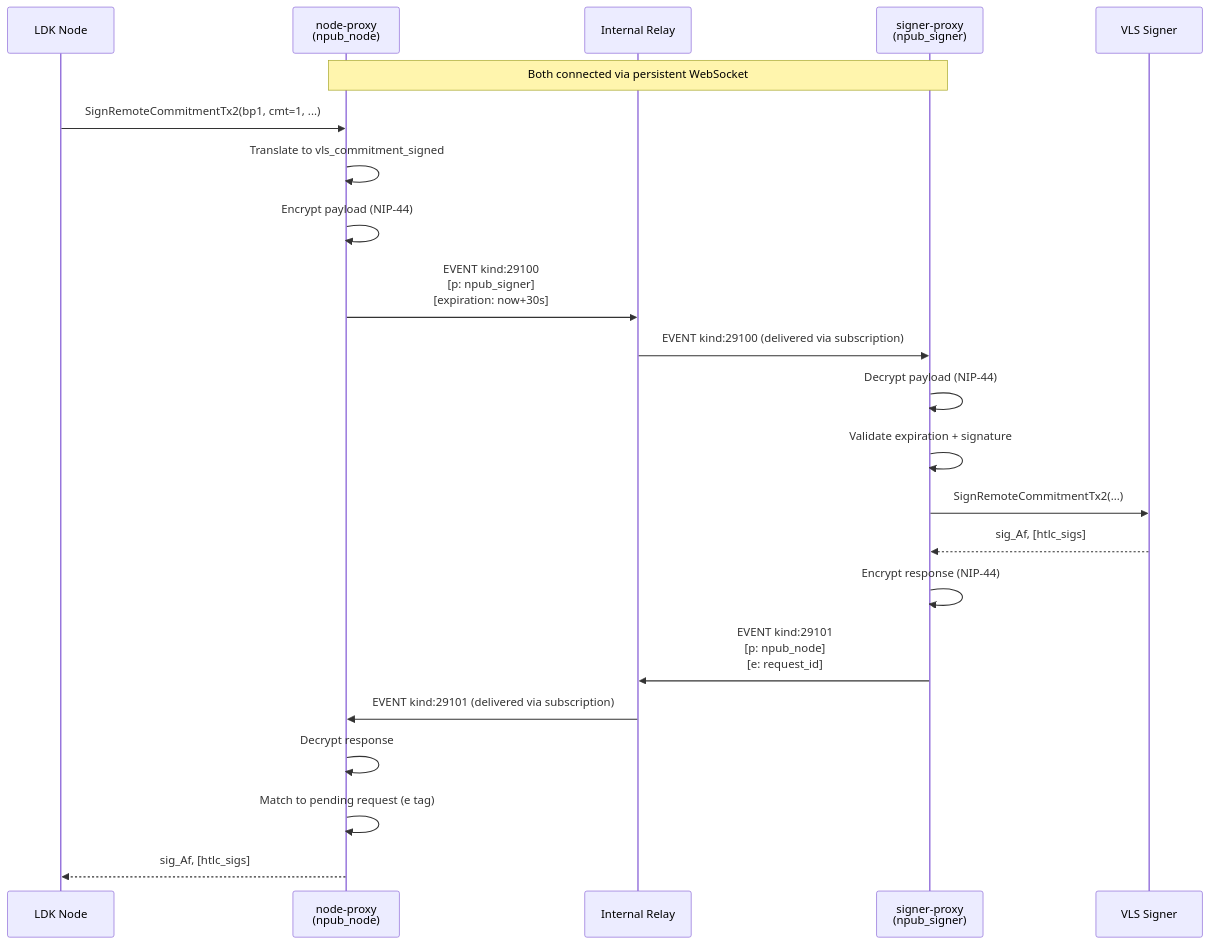
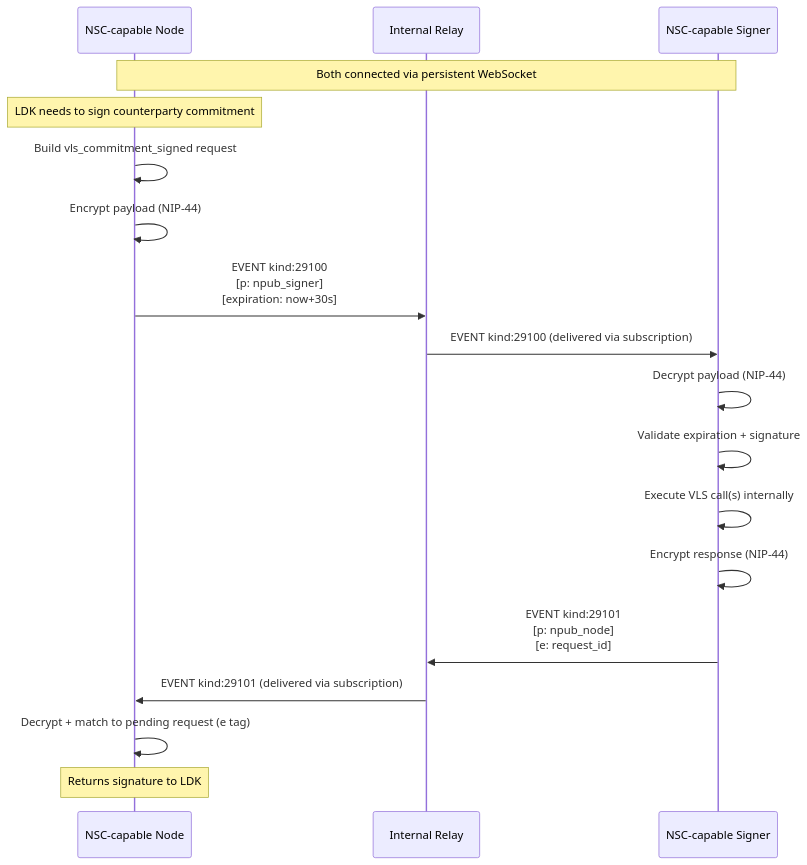
The diagram in future/nostr-signer-connect.md (dukeh3/vls-arch), drawn with Mermaid before and after one commit. The commit also changed other lines of this file, not shown here.

First line of the commit message:
Reframe NSC: node-to-signer protocol, not proxy-to-proxy

````diff
--- a/future/nostr-signer-connect.md
+++ b/future/nostr-signer-connect.md
@@ -401,35 +426,30 @@
 ```mermaid
 sequenceDiagram
-    participant Node as LDK Node
-    participant NP as node-proxy<br/>(npub_node)
+    participant Node as NSC-capable Node
     participant Relay as Internal Relay
-    participant SP as signer-proxy<br/>(npub_signer)
-    participant Signer as VLS Signer
+    participant Signer as NSC-capable Signer
 
-    Note over NP, SP: Both connected via persistent WebSocket
+    Note over Node, Signer: Both connected via persistent WebSocket
 
-    Node->>NP: SignRemoteCommitmentTx2(bp1, cmt=1, ...)
+    Note over Node: LDK needs to sign counterparty commitment
 
-    NP->>NP: Translate to vls_commitment_signed
-    NP->>NP: Encrypt payload (NIP-44)
+    Node->>Node: Build vls_commitment_signed request
+    Node->>Node: Encrypt payload (NIP-44)
 
-    NP->>Relay: EVENT kind:29100<br/>[p: npub_signer]<br/>[expiration: now+30s]
+    Node->>Relay: EVENT kind:29100<br/>[p: npub_signer]<br/>[expiration: now+30s]
 
-    Relay->>SP: EVENT kind:29100 (delivered via subscription)
+    Relay->>Signer: EVENT kind:29100 (delivered via subscription)
 
-    SP->>SP: Decrypt payload (NIP-44)
-    SP->>SP: Validate expiration + signature
+    Signer->>Signer: Decrypt payload (NIP-44)
+    Signer->>Signer: Validate expiration + signature
+    Signer->>Signer: Execute VLS call(s) internally
 
-    SP->>Signer: SignRemoteCommitmentTx2(...)
-    Signer-->>SP: sig_Af, [htlc_sigs]
+    Signer->>Signer: Encrypt response (NIP-44)
+    Signer->>Relay: EVENT kind:29101<br/>[p: npub_node]<br/>[e: request_id]
 
-    SP->>SP: Encrypt response (NIP-44)
-    SP->>Relay: EVENT kind:29101<br/>[p: npub_node]<br/>[e: request_id]
+    Relay->>Node: EVENT kind:29101 (delivered via subscription)
 
-    Relay->>NP: EVENT kind:29101 (delivered via subscription)
+    Node->>Node: Decrypt + match to pending request (e tag)
 
-    NP->>NP: Decrypt response
-    NP->>NP: Match to pending request (e tag)
-
-    NP-->>Node: sig_Af, [htlc_sigs]
+    Note over Node: Returns signature to LDK
 ```
````
